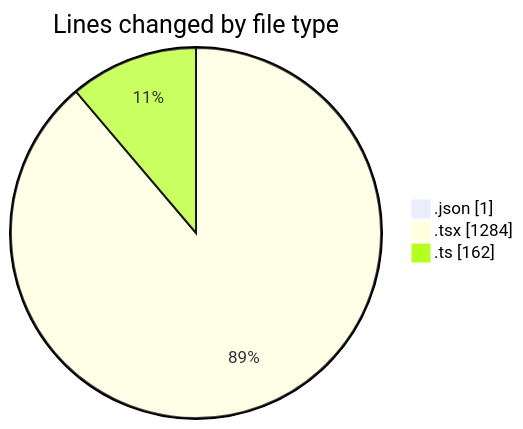
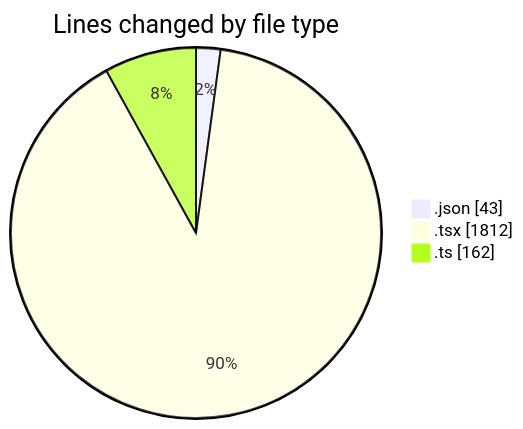
One commit to CELIANVF/code-tracking changed the first of 2 diagrams in 2025-06-10/ecodeli-1/README.md. Above: the diagram before and after it, drawn with Mermaid. The commit also changed other lines of this file and 1 other file, not shown here.

````diff
--- a/2025-06-10/ecodeli-1/README.md
+++ b/2025-06-10/ecodeli-1/README.md
@@ -24,7 +26,7 @@
 ```mermaid
 pie showData
 title Lines changed by file type
-".json" : 1
-".tsx" : 1284
+".json" : 43
+".tsx" : 1812
 ".ts" : 162
 ```
````
